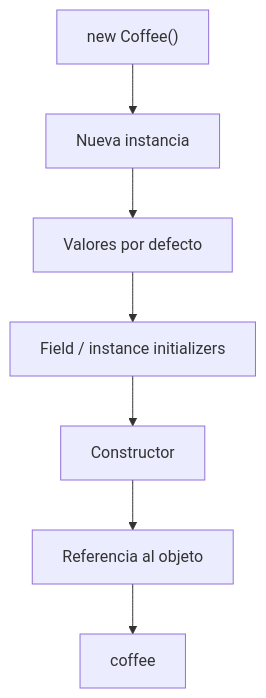
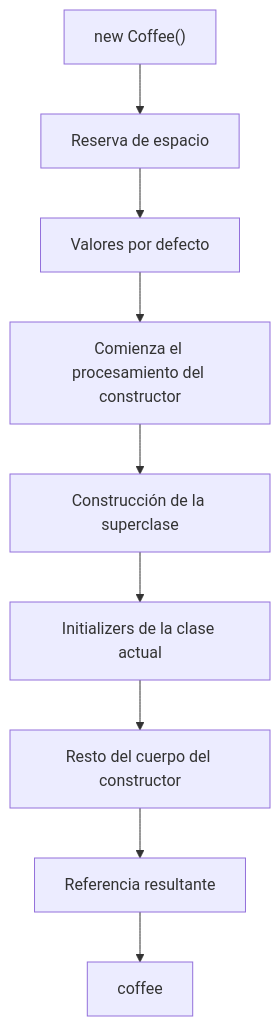
One commit to apuntesdejava/java21-a-fondo changed the sixth of 6 diagrams in building-blocks/03-objects-references-construction/README.md. Above: the diagram before and after it, drawn with Mermaid. The commit also changed other lines of this file and 4 other files, not shown here.

````diff
--- a/building-blocks/03-objects-references-construction/README.md
+++ b/building-blocks/03-objects-references-construction/README.md
@@ -329,9 +389,11 @@
 ```mermaid
 flowchart TD
-    A["new Coffee()"] --> B["Nueva instancia"]
+    A["new Coffee()"] --> B["Reserva de espacio"]
     B --> C["Valores por defecto"]
-    C --> D["Field / instance initializers"]
-    D --> E["Constructor"]
-    E --> F["Referencia al objeto"]
-    F --> G["coffee"]
+    C --> D["Comienza el procesamiento del constructor"]
+    D --> E["Construcción de la superclase"]
+    E --> F["Initializers de la clase actual"]
+    F --> G["Resto del cuerpo del constructor"]
+    G --> H["Referencia resultante"]
+    H --> I["coffee"]
 ```
````
